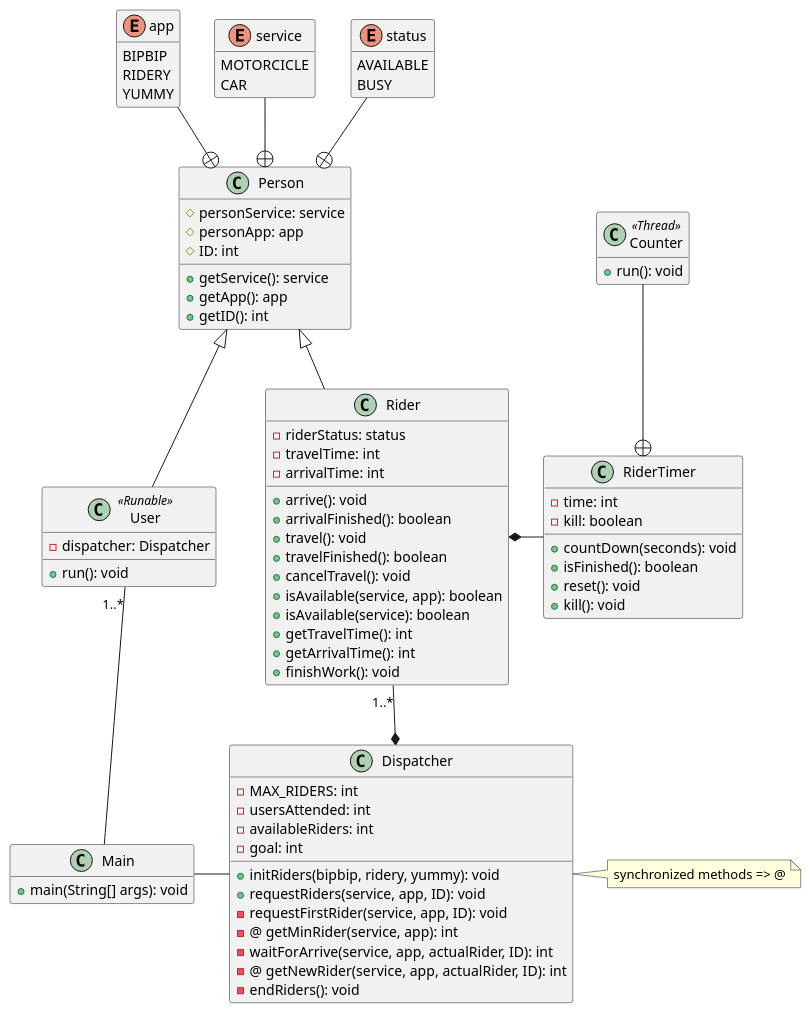
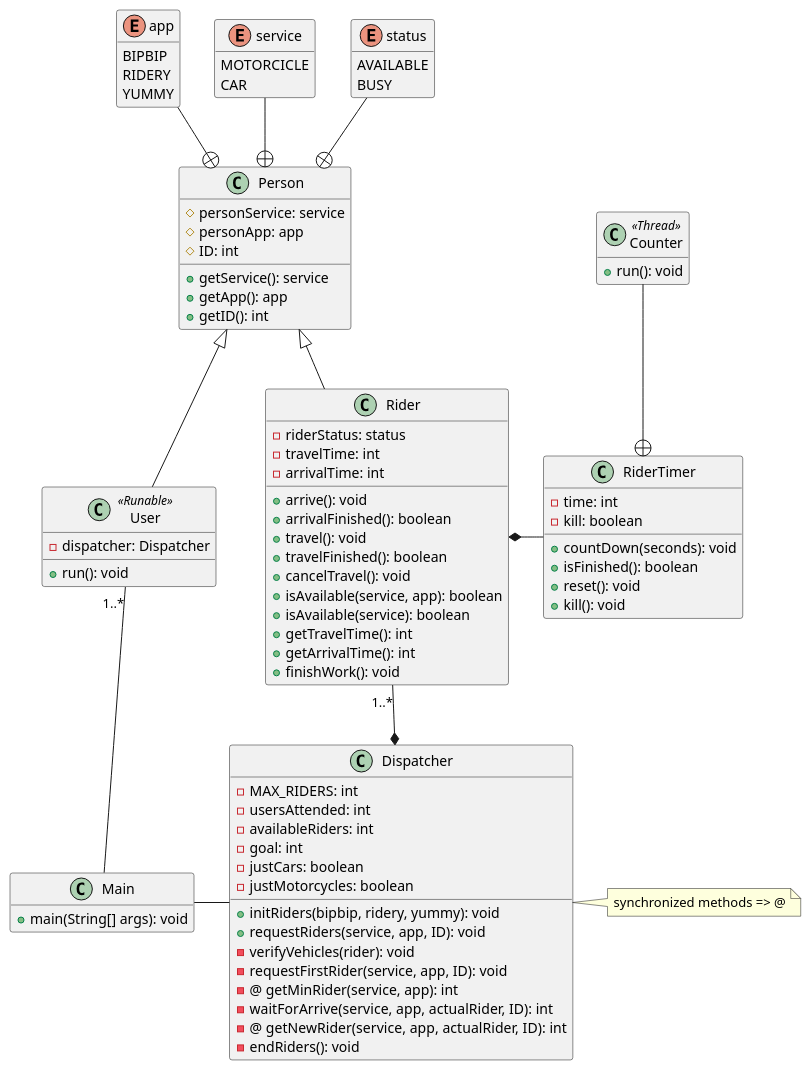
Before and after one commit to MiguelCiav/Riders_attack: the diagram in docs/ClassDiagram.plantuml, drawn with PlantUML. The commit also changed 2 other files, not shown here.

Commit message:
Updated class diagram

```diff
--- a/docs/ClassDiagram.plantuml
+++ b/docs/ClassDiagram.plantuml
@@ -1,98 +1,101 @@
 @startuml Riders_attack
 hide empty members
 
 enum status {
     AVAILABLE
     BUSY
 }
 
 enum service {
     MOTORCICLE
     CAR
 }
 
 enum app {
     BIPBIP
     RIDERY
     YUMMY
 }
 
 class Person {
     #personService: service
     #personApp: app
     #ID: int
     +getService(): service
     +getApp(): app
     +getID(): int
 }
 
 class Rider {
     -riderStatus: status
     -travelTime: int
     -arrivalTime: int
     +arrive(): void
     +arrivalFinished(): boolean
     +travel(): void
     +travelFinished(): boolean
     +cancelTravel(): void
     +isAvailable(service, app): boolean
     +isAvailable(service): boolean
     +getTravelTime(): int
     +getArrivalTime(): int
     +finishWork(): void
 }
 
 class User <<Runable>>{
     -dispatcher: Dispatcher
     +run(): void
 }
 
 class RiderTimer {
     -time: int
     -kill: boolean
     +countDown(seconds): void
     +isFinished(): boolean
     +reset(): void
     +kill(): void
 }
 
 class Counter <<Thread>> {
     +run(): void
 }
 
 class Dispatcher {
     -MAX_RIDERS: int
     -usersAttended: int
     -availableRiders: int
     -goal: int
+    -justCars: boolean
+    -justMotorcycles: boolean
     +initRiders(bipbip, ridery, yummy): void
     +requestRiders(service, app, ID): void
+    -verifyVehicles(rider): void
     -requestFirstRider(service, app, ID): void
     -@ getMinRider(service, app): int
     -waitForArrive(service, app, actualRider, ID): int
     -@ getNewRider(service, app, actualRider, ID): int
     -endRiders(): void
 }
 
 class Main {
     +main(String[] args): void
 }
 
 note right of Dispatcher
     synchronized methods => @
 end note
 
 Main - Dispatcher
 Main -u- "1..*" User
 Dispatcher *-u- "1..*" Rider
 Counter -d-+ RiderTimer
 RiderTimer -l-* Rider
 Rider -u-|> Person
 User -u-|> Person
 status -[hidden]l- service
 service -[hidden]l- app
 Person +-u- app
 Person +-u- service
 Person +-u- status 
 
 @enduml
```
